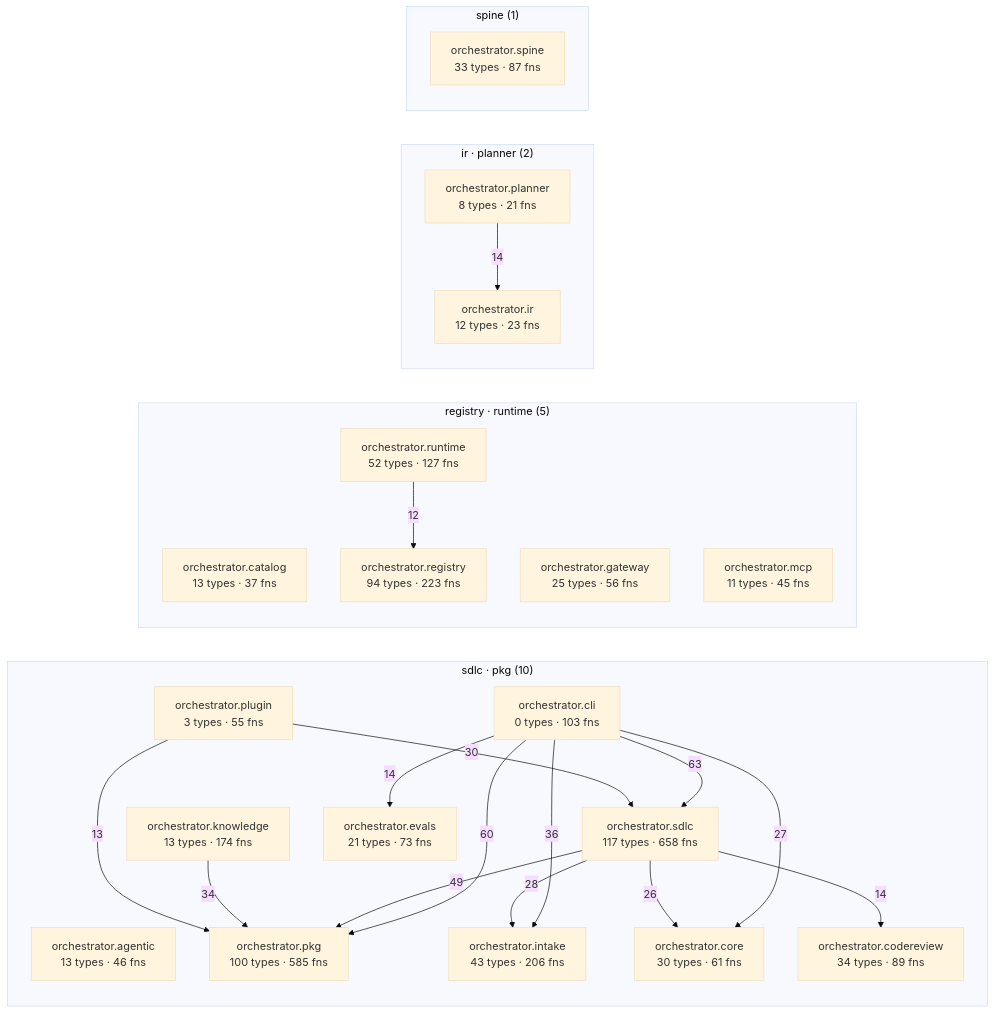
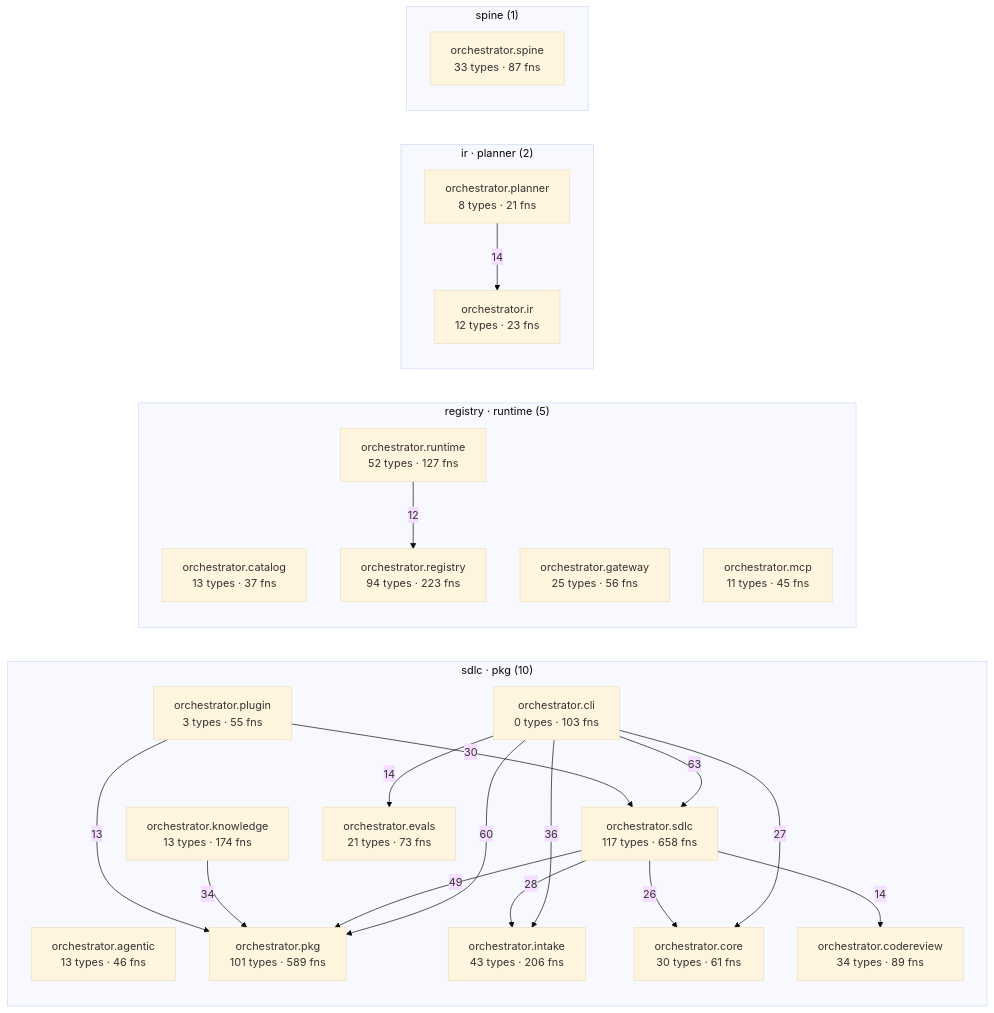
The diagram in episteme/architecture.md (synaptixs/spine), drawn with Mermaid (base theme) before and after one commit. The commit also changed other lines of this file and 7 other files, not shown here.

````diff
--- a/episteme/architecture.md
+++ b/episteme/architecture.md
@@ -54,43 +54,43 @@
 ```mermaid
 flowchart LR
   subgraph c_2["sdlc · pkg (10)"]
     aorchestratoragentic["orchestrator.agentic<br/>13 types · 46 fns"]
     aorchestratorcli["orchestrator.cli<br/>0 types · 103 fns"]
     aorchestratorcodereview["orchestrator.codereview<br/>34 types · 89 fns"]
     aorchestratorcore["orchestrator.core<br/>30 types · 61 fns"]
     aorchestratorevals["orchestrator.evals<br/>21 types · 73 fns"]
     aorchestratorintake["orchestrator.intake<br/>43 types · 206 fns"]
     aorchestratorknowledge["orchestrator.knowledge<br/>13 types · 174 fns"]
-    aorchestratorpkg["orchestrator.pkg<br/>100 types · 585 fns"]
+    aorchestratorpkg["orchestrator.pkg<br/>101 types · 589 fns"]
     aorchestratorplugin["orchestrator.plugin<br/>3 types · 55 fns"]
     aorchestratorsdlc["orchestrator.sdlc<br/>117 types · 658 fns"]
   end
   subgraph c_4["registry · runtime (5)"]
     aorchestratorcatalog["orchestrator.catalog<br/>13 types · 37 fns"]
     aorchestratorgateway["orchestrator.gateway<br/>25 types · 56 fns"]
     aorchestratormcp["orchestrator.mcp<br/>11 types · 45 fns"]
     aorchestratorregistry["orchestrator.registry<br/>94 types · 223 fns"]
     aorchestratorruntime["orchestrator.runtime<br/>52 types · 127 fns"]
   end
   subgraph c_7["ir · planner (2)"]
     aorchestratorir["orchestrator.ir<br/>12 types · 23 fns"]
     aorchestratorplanner["orchestrator.planner<br/>8 types · 21 fns"]
   end
   subgraph c_10["spine (1)"]
     aorchestratorspine["orchestrator.spine<br/>33 types · 87 fns"]
   end
   aorchestratorcli -->|63| aorchestratorsdlc
   aorchestratorcli -->|60| aorchestratorpkg
   aorchestratorsdlc -->|49| aorchestratorpkg
   aorchestratorcli -->|36| aorchestratorintake
   aorchestratorknowledge -->|34| aorchestratorpkg
   aorchestratorplugin -->|30| aorchestratorsdlc
   aorchestratorsdlc -->|28| aorchestratorintake
   aorchestratorcli -->|27| aorchestratorcore
   aorchestratorsdlc -->|26| aorchestratorcore
   aorchestratorcli -->|14| aorchestratorevals
   aorchestratorplanner -->|14| aorchestratorir
   aorchestratorsdlc -->|14| aorchestratorcodereview
   aorchestratorplugin -->|13| aorchestratorpkg
   aorchestratorruntime -->|12| aorchestratorregistry
 ```
````
